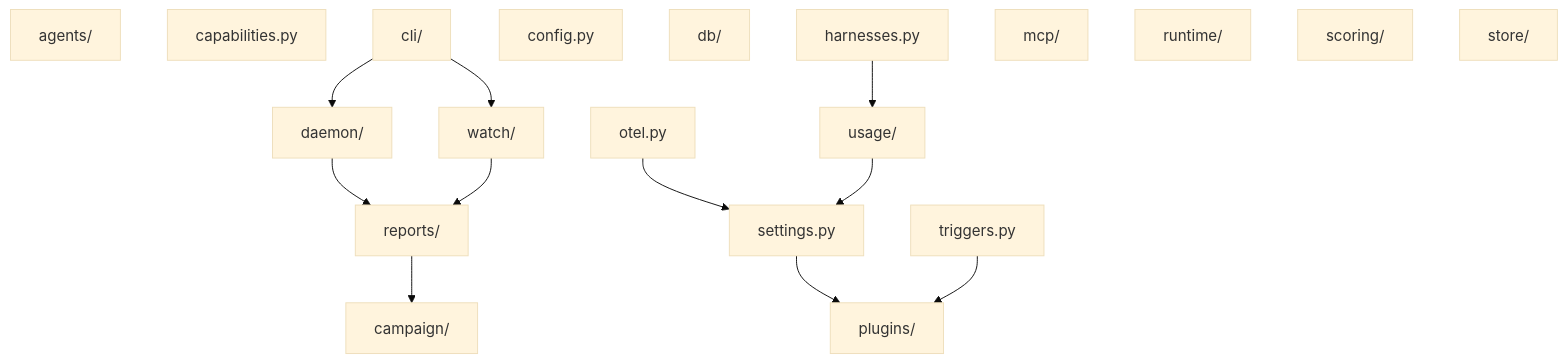
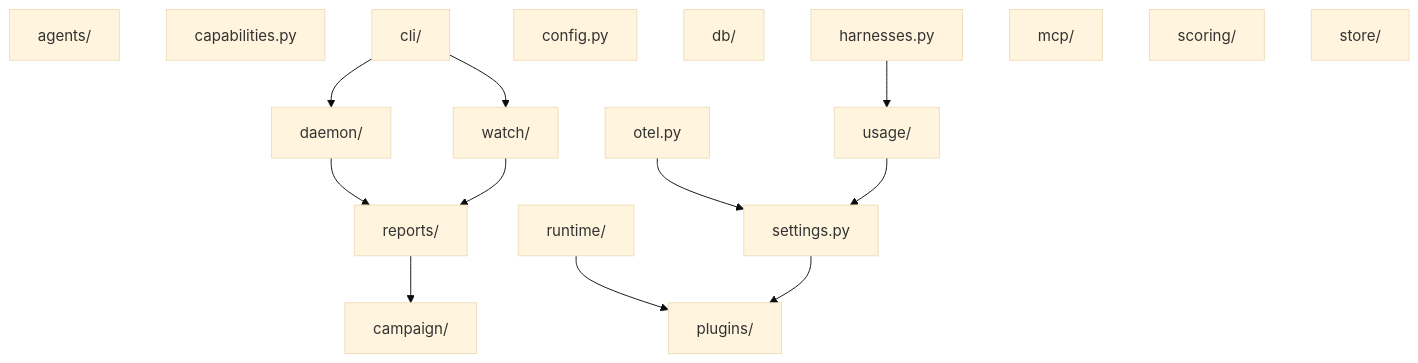
One commit to VatsaDev/piloop changed the diagram in docs/snippets/generated/imports.mdx. Above: the diagram before and after it, drawn with Mermaid (base theme). The commit also changed other lines of this file and 141 other files, not shown here.

````diff
--- a/docs/snippets/generated/imports.mdx
+++ b/docs/snippets/generated/imports.mdx
@@ -3,32 +3,31 @@
 ```mermaid
 flowchart TB
     agents["agents/"]
     campaign["campaign/"]
     capabilities["capabilities.py"]
     cli["cli/"]
     config["config.py"]
     daemon["daemon/"]
     db["db/"]
     harnesses["harnesses.py"]
     mcp["mcp/"]
     otel["otel.py"]
     plugins["plugins/"]
     reports["reports/"]
     runtime["runtime/"]
     scoring["scoring/"]
     settings["settings.py"]
     store["store/"]
-    triggers["triggers.py"]
     usage["usage/"]
     watch["watch/"]
     cli --> daemon
     cli --> watch
     daemon --> reports
     harnesses --> usage
     otel --> settings
     reports --> campaign
+    runtime --> plugins
     settings --> plugins
-    triggers --> plugins
     usage --> settings
     watch --> reports
 ```
````
